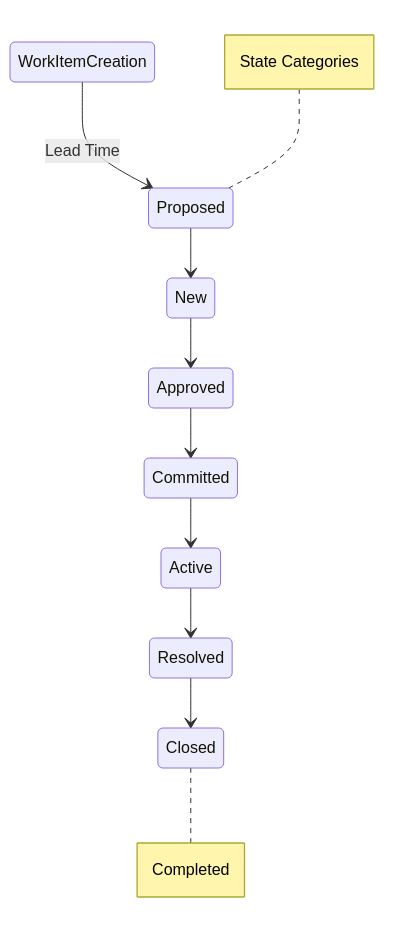
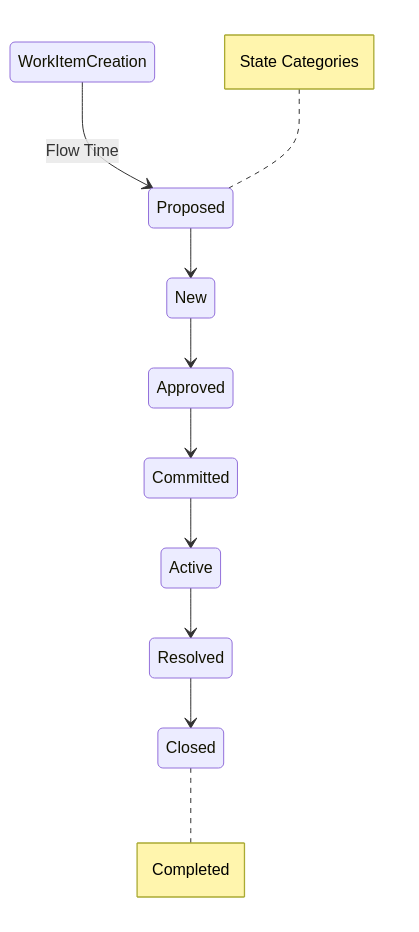
One commit to solidify/scale changed the diagram in docs/Reference/Flowtime.md. Above: the diagram before and after it, drawn with Mermaid.

````diff
--- a/docs/Reference/Flowtime.md
+++ b/docs/Reference/Flowtime.md
@@ -42,12 +42,12 @@
 ```mermaid
 stateDiagram
-    WorkItemCreation --> Proposed: Lead Time
+    WorkItemCreation --> Proposed: Flow Time
     Proposed --> New
     New --> Approved
     Approved --> Committed
     Committed --> Active
     Active --> Resolved
     Resolved --> Closed
     note left of Proposed: State Categories
     note right of Closed: Completed
 ```
````
